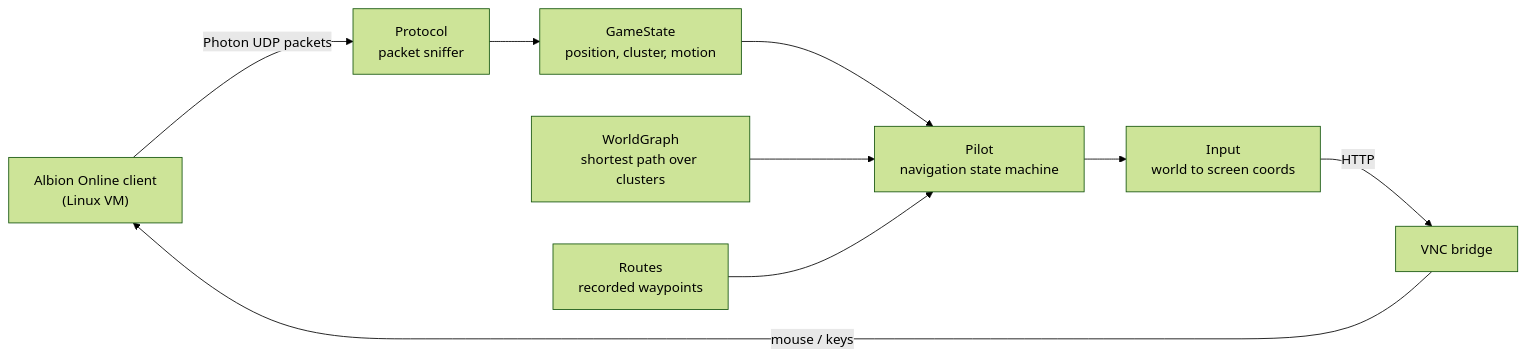
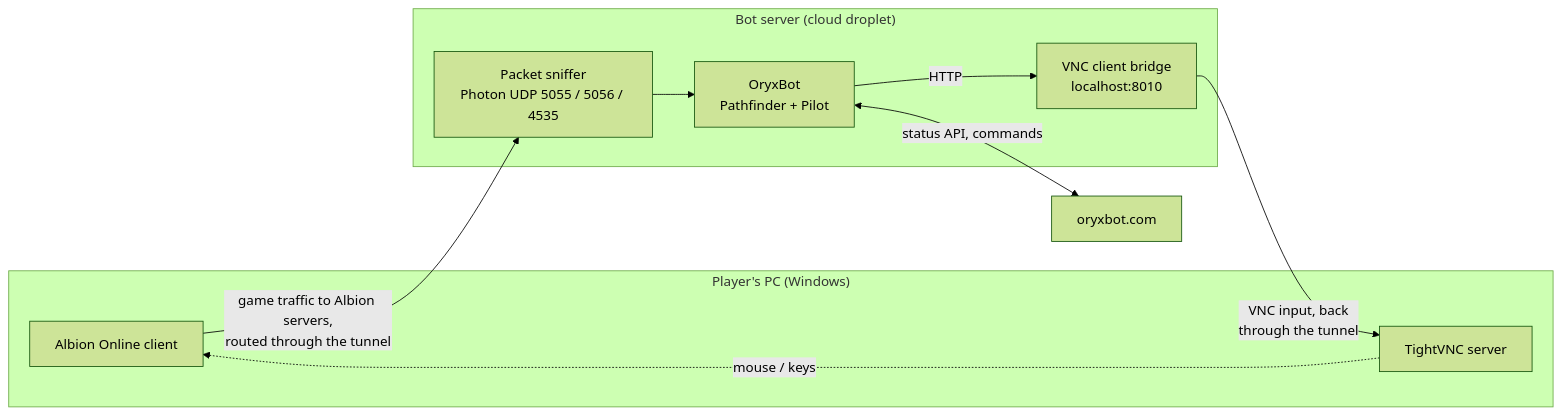
One commit to kpolicar/oryxbot changed the diagram in README.md. Above: the diagram before and after it, drawn with Mermaid (forest theme). The commit also changed other lines of this file, not shown here.

Commit message:
Correct machine topology in README and note RailRip

````diff
--- a/README.md
+++ b/README.md
@@ -19,10 +19,18 @@
 ```mermaid
 flowchart LR
-    Game["Albion Online client<br/>(Linux VM)"] -- "Photon UDP packets" --> Protocol["Protocol<br/>packet sniffer"]
-    Protocol --> State["GameState<br/>position, cluster, motion"]
-    State --> Pilot["Pilot<br/>navigation state machine"]
-    Graph["WorldGraph<br/>shortest path over clusters"] --> Pilot
-    Routes["Routes<br/>recorded waypoints"] --> Pilot
-    Pilot --> Input["Input<br/>world to screen coords"]
-    Input -- "HTTP" --> VNC["VNC bridge"] -- "mouse / keys" --> Game
+    subgraph PC["Player's PC (Windows)"]
+        Game["Albion Online client"]
+        VNCS["TightVNC server"]
+    end
+    subgraph Cloud["Bot server (cloud droplet)"]
+        Sniff["Packet sniffer<br/>Photon UDP 5055 / 5056 / 4535"]
+        Bot["OryxBot<br/>Pathfinder + Pilot"]
+        Bridge["VNC client bridge<br/>localhost:8010"]
+    end
+    Game -- "game traffic to Albion servers,<br/>routed through the tunnel" --> Sniff
+    Sniff --> Bot
+    Bot -- "HTTP" --> Bridge
+    Bridge -- "VNC input, back<br/>through the tunnel" --> VNCS
+    VNCS -. "mouse / keys" .-> Game
+    Bot <-->|"status API, commands"| Web["oryxbot.com"]
 ```
````
